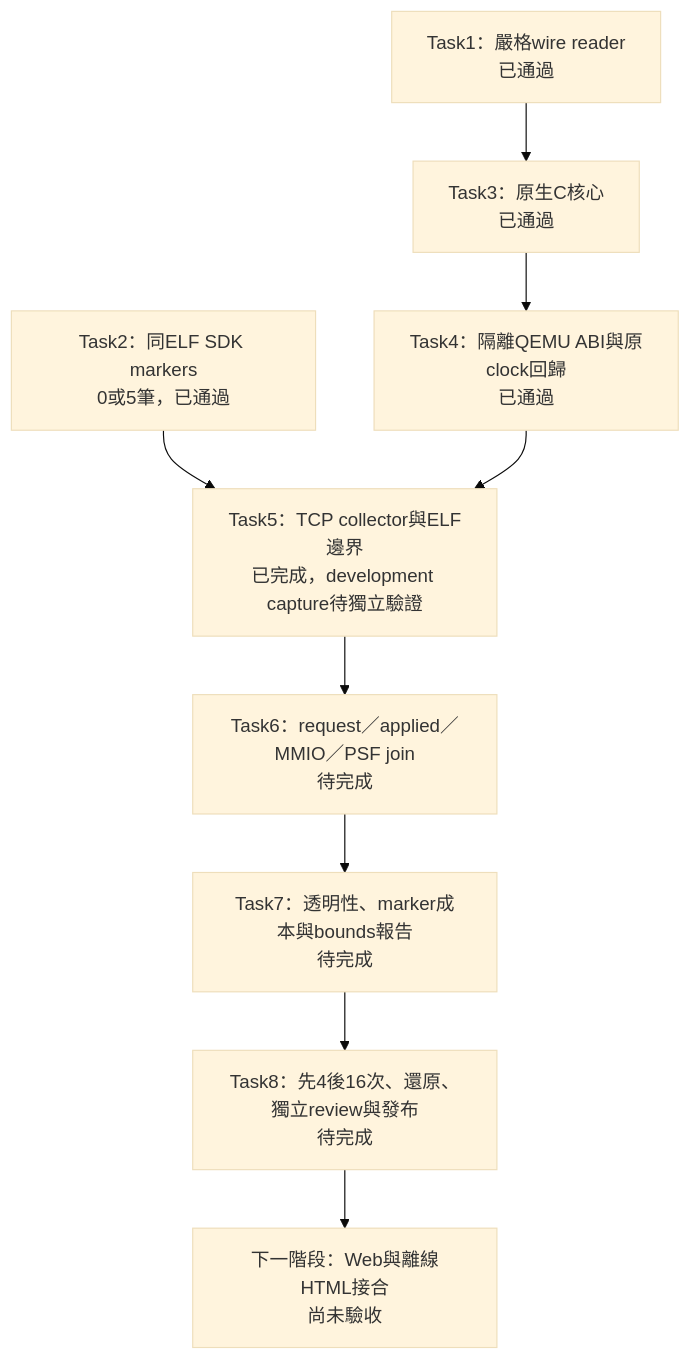
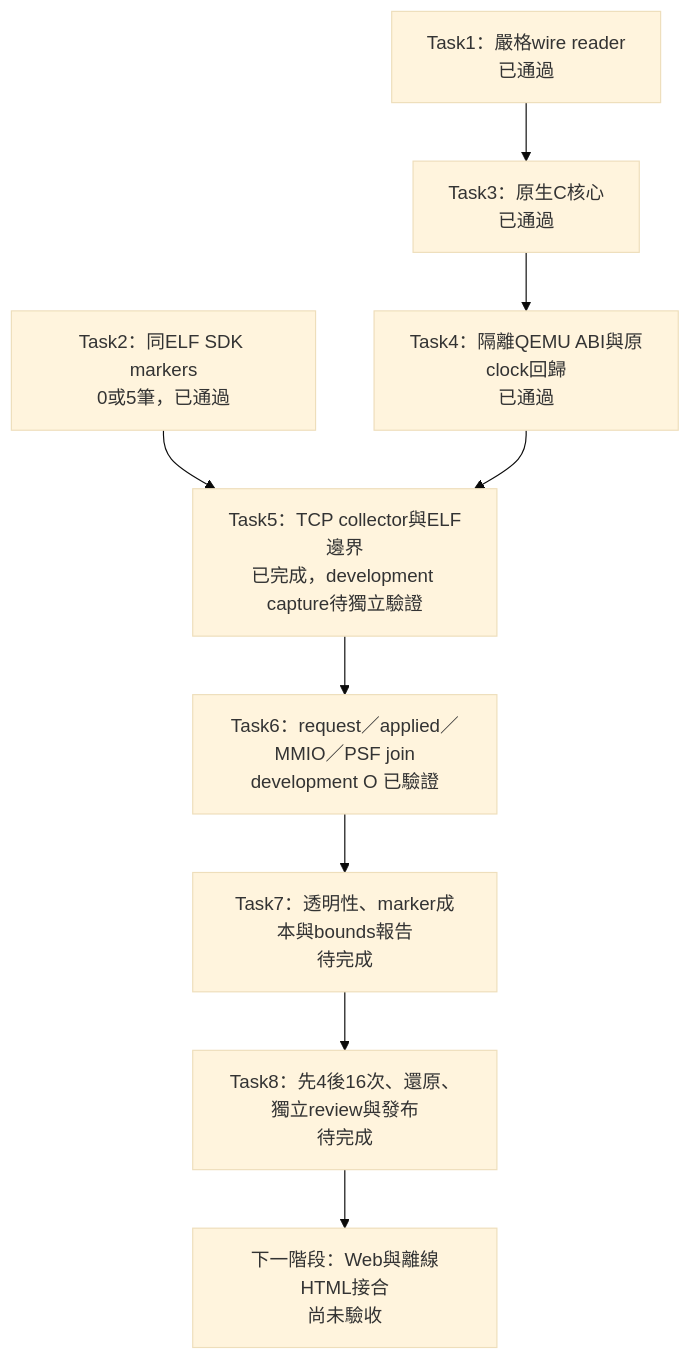
Before and after one commit to swchen44/freertos_risvc_observability: the diagram in docs/clock-anchor-progress.md, drawn with Mermaid (base theme). The commit also changed other lines of this file and 33 other files, not shown here.

Commit message:
Record Task6 runtime causality and bounded PSF alignment evidence

````diff
--- a/docs/clock-anchor-progress.md
+++ b/docs/clock-anchor-progress.md
@@ -17,11 +18,11 @@
 ```mermaid
 flowchart TD
     W[Task1：嚴格wire reader<br/>已通過] --> C[Task3：原生C核心<br/>已通過]
     G[Task2：同ELF SDK markers<br/>0或5筆，已通過] --> P[Task5：TCP collector與ELF邊界<br/>已完成，development capture待獨立驗證]
     C --> Q[Task4：隔離QEMU ABI與原clock回歸<br/>已通過]
     Q --> P
-    P --> J[Task6：request／applied／MMIO／PSF join<br/>待完成]
+    P --> J[Task6：request／applied／MMIO／PSF join<br/>development O 已驗證]
     J --> R[Task7：透明性、marker成本與bounds報告<br/>待完成]
     R --> V[Task8：先4後16次、還原、獨立review與發布<br/>待完成]
     V --> UI[下一階段：Web與離線HTML接合<br/>尚未驗收]
 ```
````
